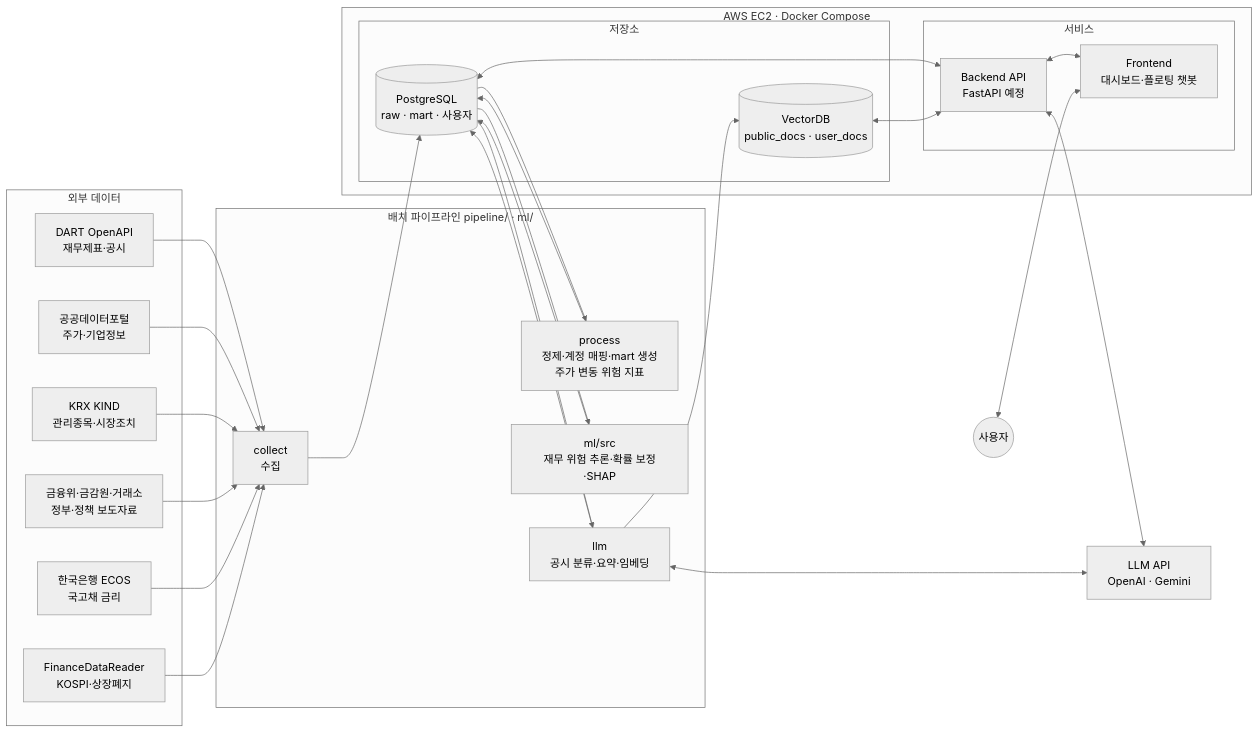
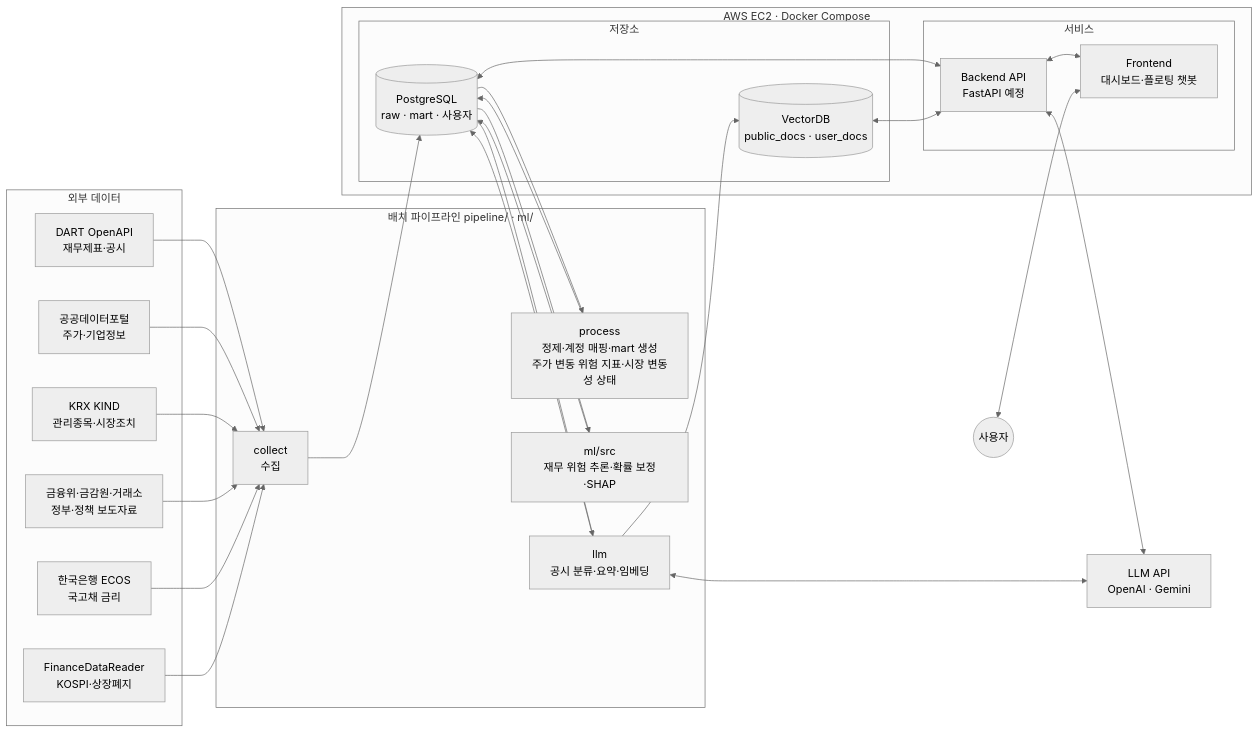
One commit to Hyeonwoo01/finance_final_prj changed the first of 4 diagrams in docs/system_architecture.md. Above: the diagram before and after it, drawn with Mermaid (neutral theme). The commit also changed other lines of this file and 1 other file, not shown here.

First line of the commit message:
docs: 주가 변동 위험 절대 변동성 전환과 시장 변동성 배너 추가 (#7)

````diff
--- a/docs/system_architecture.md
+++ b/docs/system_architecture.md
@@ -19,50 +19,50 @@
 ```mermaid
 flowchart LR
     subgraph SRC[외부 데이터]
         S1[DART OpenAPI<br/>재무제표·공시]
         S2[공공데이터포털<br/>주가·기업정보]
         S3[KRX KIND<br/>관리종목·시장조치]
         S4[금융위·금감원·거래소<br/>정부·정책 보도자료]
         S5[한국은행 ECOS<br/>국고채 금리]
         S6[FinanceDataReader<br/>KOSPI·상장폐지]
     end
 
     subgraph PIPE[배치 파이프라인 pipeline/ · ml/]
         P1[collect<br/>수집]
-        P2[process<br/>정제·계정 매핑·mart 생성<br/>주가 변동 위험 지표]
+        P2[process<br/>정제·계정 매핑·mart 생성<br/>주가 변동 위험 지표·시장 변동성 상태]
         P3[ml/src<br/>재무 위험 추론·확률 보정·SHAP]
         P4[llm<br/>공시 분류·요약·임베딩]
     end
 
     subgraph STORE[저장소]
         D1[(PostgreSQL<br/>raw · mart · 사용자)]
         D2[(VectorDB<br/>public_docs · user_docs)]
     end
 
     subgraph SVC[서비스]
         B1[Backend API<br/>FastAPI 예정]
         F1[Frontend<br/>대시보드·플로팅 챗봇]
     end
 
     LLM[LLM API<br/>OpenAI · Gemini]
     U((사용자))
 
     S1 & S2 & S3 & S4 & S5 & S6 --> P1 --> D1
     D1 --> P2 --> D1
     D1 --> P3 --> D1
     D1 --> P4
     P4 --> D1
     P4 --> D2
     P4 <--> LLM
 
     D1 <--> B1
     D2 <--> B1
     B1 <--> LLM
     B1 <--> F1
     U <--> F1
 
     subgraph EC2[AWS EC2 · Docker Compose]
         SVC
         STORE
     end
 ```
````
